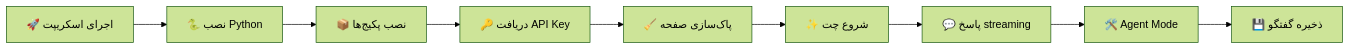
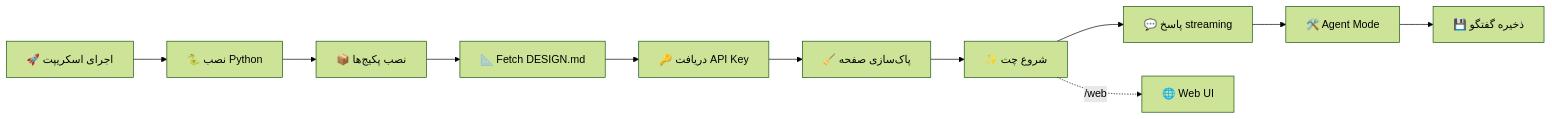
One commit to AyhanMansur/AyhanX-Agent changed the diagram in README.md. Above: the diagram before and after it, drawn with Mermaid (forest theme). The commit also changed other lines of this file, not shown here.

````diff
--- a/README.md
+++ b/README.md
@@ -65,11 +65,13 @@
 ```mermaid
 flowchart LR
     A[🚀 اجرای اسکریپت] --> B[🐍 نصب Python]
     B --> C[📦 نصب پکیج‌ها]
-    C --> D[🔑 دریافت API Key]
-    D --> E[🧹 پاک‌سازی صفحه]
-    E --> F[✨ شروع چت]
-    F --> G[💬 پاسخ streaming]
-    G --> H[🛠️ Agent Mode]
-    H --> I[💾 ذخیره گفتگو]
+    C --> D[📐 Fetch DESIGN.md]
+    D --> E[🔑 دریافت API Key]
+    E --> F[🧹 پاک‌سازی صفحه]
+    F --> G[✨ شروع چت]
+    G --> H[💬 پاسخ streaming]
+    H --> I[🛠️ Agent Mode]
+    I --> J[💾 ذخیره گفتگو]
+    G -.->|/web| K[🌐 Web UI]
 ```
````
